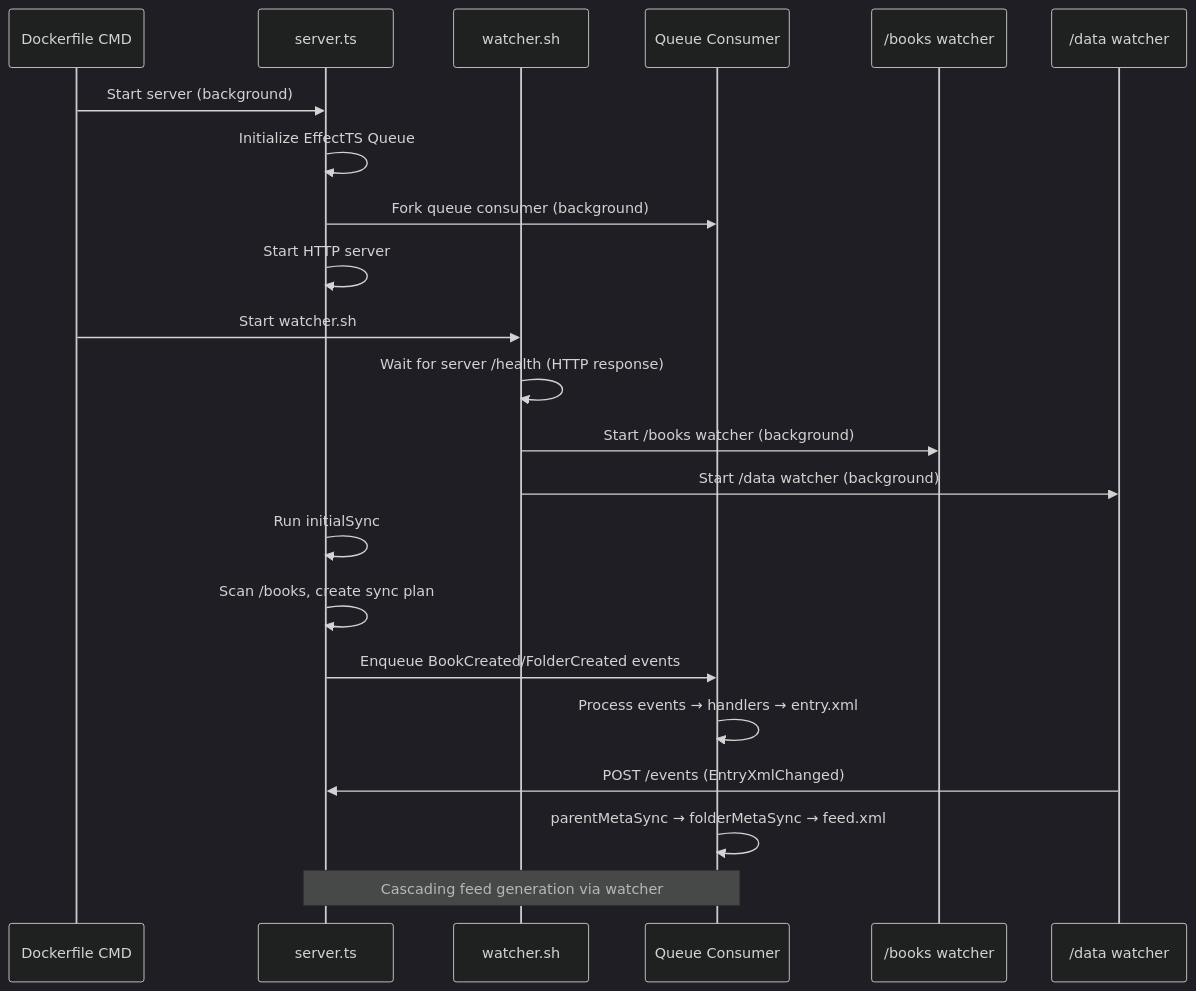
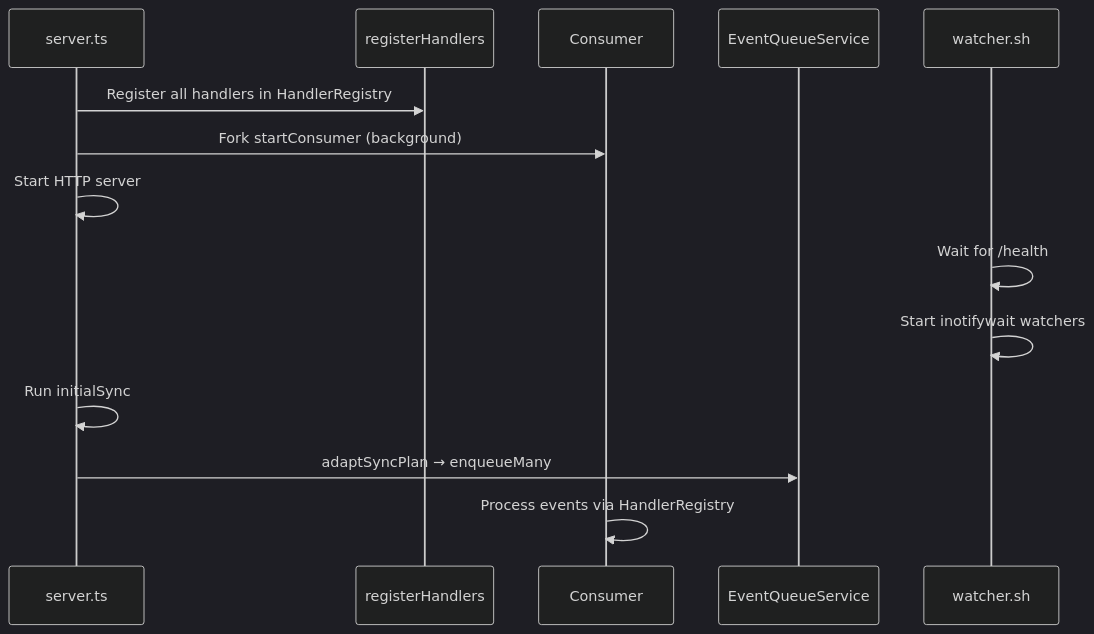
Before and after one commit to Seigiard/opds-generator: the second of 2 diagrams in ARCHITECTURE.md, drawn with Mermaid (dark theme). The commit also changed other lines of this file and 2 other files, not shown here.

Commit message:
Update docs for layered DI architecture

````diff
--- a/ARCHITECTURE.md
+++ b/ARCHITECTURE.md
@@ -205,28 +155,17 @@
 ```mermaid
 sequenceDiagram
-    participant D as Dockerfile CMD
     participant S as server.ts
+    participant R as registerHandlers
+    participant C as Consumer
+    participant Q as EventQueueService
     participant W as watcher.sh
-    participant Q as Queue Consumer
-    participant BW as /books watcher
-    participant DW as /data watcher
 
-    D->>S: Start server (background)
-    S->>S: Initialize EffectTS Queue
-    S->>Q: Fork queue consumer (background)
+    S->>R: Register all handlers in HandlerRegistry
+    S->>C: Fork startConsumer (background)
     S->>S: Start HTTP server
-
-    D->>W: Start watcher.sh
-    W->>W: Wait for server /health (HTTP response)
-    W->>BW: Start /books watcher (background)
-    W->>DW: Start /data watcher (background)
-
+    W->>W: Wait for /health
+    W->>W: Start inotifywait watchers
     S->>S: Run initialSync
-    S->>S: Scan /books, create sync plan
-    S->>Q: Enqueue BookCreated/FolderCreated events
-    Q->>Q: Process events → handlers → entry.xml
-    DW->>S: POST /events (EntryXmlChanged)
-    Q->>Q: parentMetaSync → folderMetaSync → feed.xml
-
-    Note over S,Q: Cascading feed generation via watcher
+    S->>Q: adaptSyncPlan → enqueueMany
+    C->>C: Process events via HandlerRegistry
 ```
````
